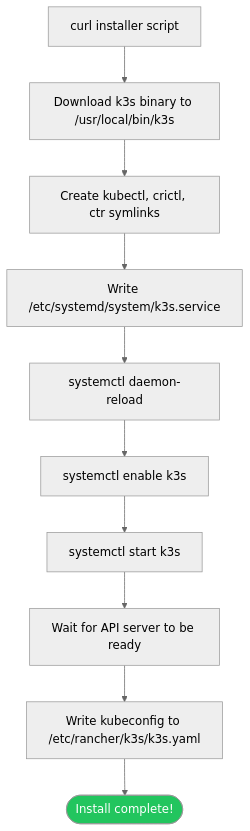
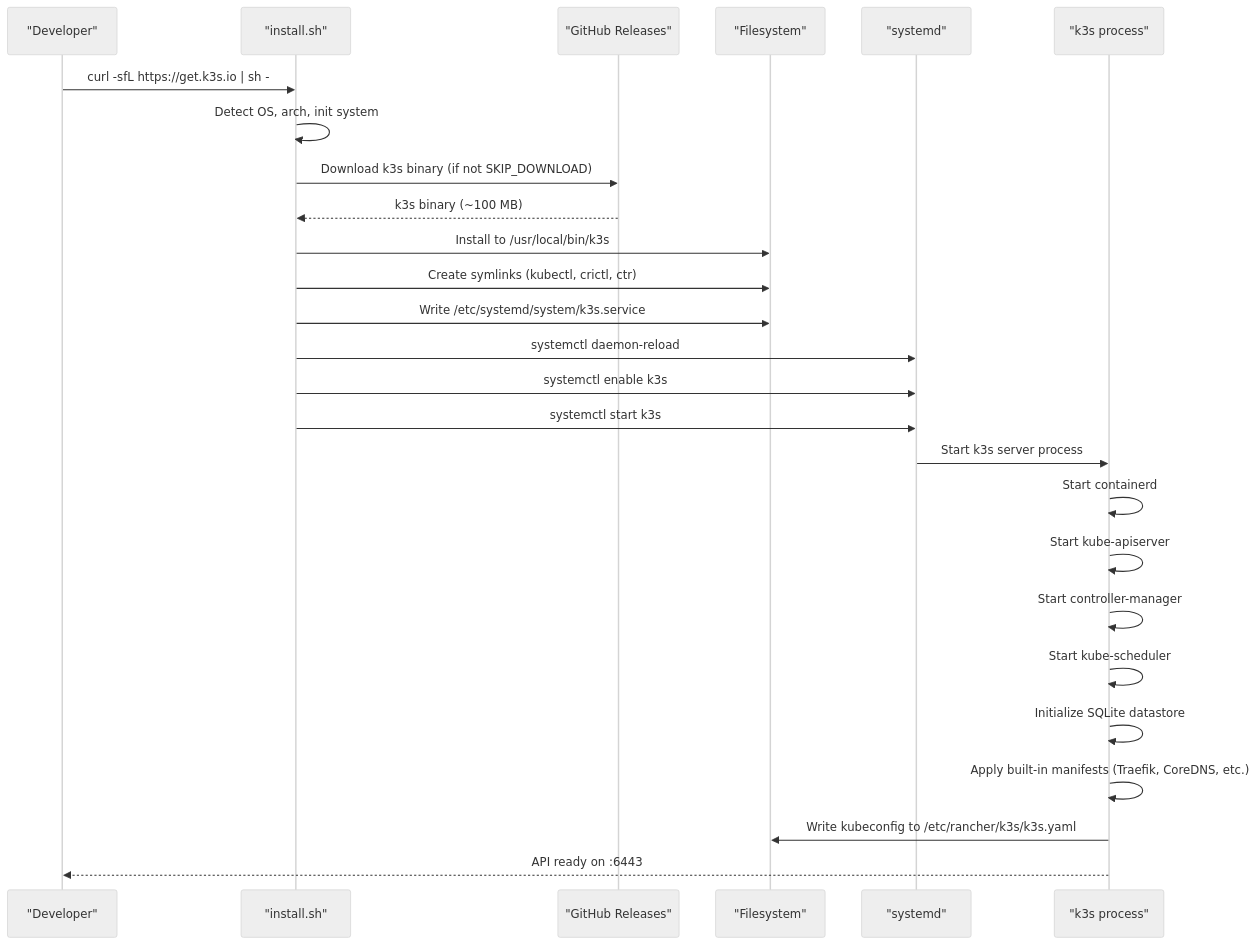
One commit to UncleJS/course_k3s changed the second of 3 diagrams in 02_installation/01_single_node_quickstart.md. Above: the diagram before and after it, drawn with Mermaid (neutral theme). The commit also changed other lines of this file and 45 other files, not shown here.

First line of the commit message:
Expand all course lessons: Mermaid diagrams + rich prose across 43 files

````diff
--- a/02_installation/01_single_node_quickstart.md
+++ b/02_installation/01_single_node_quickstart.md
@@ -118,14 +156,29 @@
 ```mermaid
-flowchart TD
-    A[curl installer script] --> B[Download k3s binary to /usr/local/bin/k3s]
-    B --> C[Create kubectl, crictl, ctr symlinks]
-    C --> D[Write /etc/systemd/system/k3s.service]
-    D --> E[systemctl daemon-reload]
-    E --> F[systemctl enable k3s]
-    F --> G[systemctl start k3s]
-    G --> H[Wait for API server to be ready]
-    H --> I[Write kubeconfig to /etc/rancher/k3s/k3s.yaml]
-    I --> J([Install complete!])
+sequenceDiagram
+    participant Dev as "Developer"
+    participant Script as "install.sh"
+    participant GitHub as "GitHub Releases"
+    participant FS as "Filesystem"
+    participant Systemd as "systemd"
+    participant K3S as "k3s process"
 
-    style J fill:#22c55e,color:#fff
+    Dev->>Script: curl -sfL https://get.k3s.io | sh -
+    Script->>Script: Detect OS, arch, init system
+    Script->>GitHub: Download k3s binary (if not SKIP_DOWNLOAD)
+    GitHub-->>Script: k3s binary (~100 MB)
+    Script->>FS: Install to /usr/local/bin/k3s
+    Script->>FS: Create symlinks (kubectl, crictl, ctr)
+    Script->>FS: Write /etc/systemd/system/k3s.service
+    Script->>Systemd: systemctl daemon-reload
+    Script->>Systemd: systemctl enable k3s
+    Script->>Systemd: systemctl start k3s
+    Systemd->>K3S: Start k3s server process
+    K3S->>K3S: Start containerd
+    K3S->>K3S: Start kube-apiserver
+    K3S->>K3S: Start controller-manager
+    K3S->>K3S: Start kube-scheduler
+    K3S->>K3S: Initialize SQLite datastore
+    K3S->>K3S: Apply built-in manifests (Traefik, CoreDNS, etc.)
+    K3S->>FS: Write kubeconfig to /etc/rancher/k3s/k3s.yaml
+    K3S-->>Dev: API ready on :6443
 ```
````
